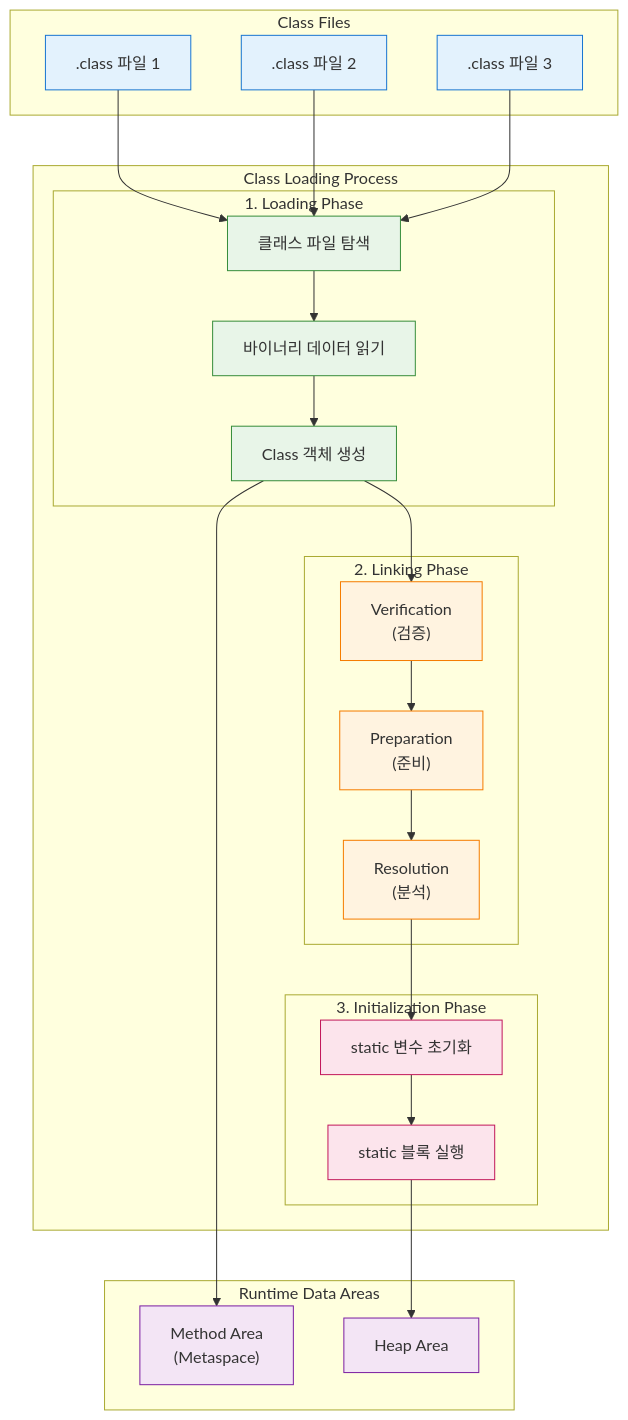
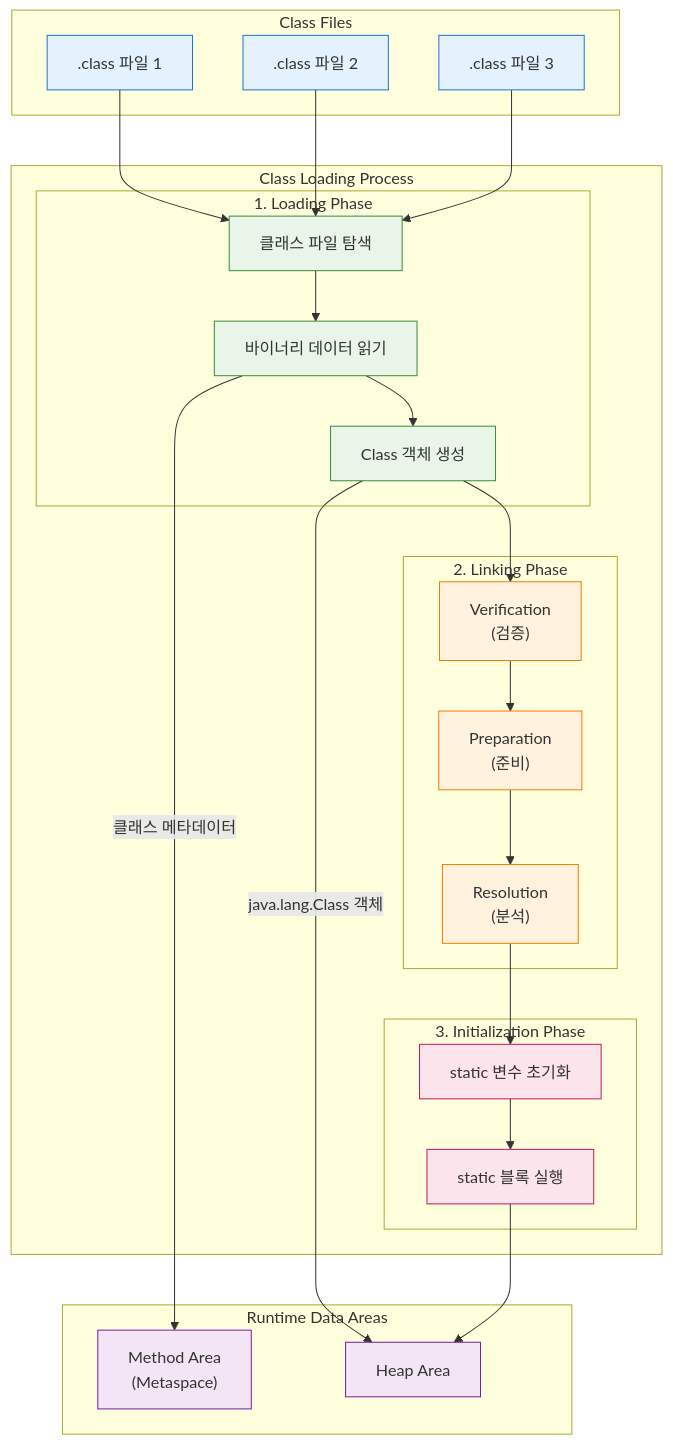
One commit to hongmoSung/hongmoSung.github.io changed the second of 3 diagrams in _posts/java/2025-06-28-jvm.md. Above: the diagram before and after it, drawn with Mermaid. The commit also changed other lines of this file and 32 other files, not shown here.

````diff
--- a/_posts/java/2025-06-28-jvm.md
+++ b/_posts/java/2025-06-28-jvm.md
@@ -150,64 +150,65 @@
 ```mermaid
 graph TB
     subgraph "Class Files"
     CF1[".class 파일 1"]
     CF2[".class 파일 2"]
     CF3[".class 파일 3"]
     end
 
     subgraph "Class Loading Process"
         subgraph "1. Loading Phase"
             FIND["클래스 파일 탐색"]
             READ["바이너리 데이터 읽기"]
             CREATE["Class 객체 생성"]
         end
         
         subgraph "2. Linking Phase"
             VERIFY["Verification<br/>(검증)"]
             PREPARE["Preparation<br/>(준비)"]
             RESOLVE["Resolution<br/>(분석)"]
         end
         
         subgraph "3. Initialization Phase"
             STATIC["static 변수 초기화"]
             CLINIT["static 블록 실행"]
         end
     end
 
     subgraph "Runtime Data Areas"
         MA["Method Area<br/>(Metaspace)"]
         HEAP["Heap Area"]
     end
 
     %% 클래스 로딩 흐름
     CF1 --> FIND
     CF2 --> FIND
     CF3 --> FIND
     
     FIND --> READ
     READ --> CREATE
     CREATE --> VERIFY
     
     VERIFY --> PREPARE
     PREPARE --> RESOLVE
     RESOLVE --> STATIC
     
     STATIC --> CLINIT
     
     %% 메모리 적재
-    CREATE --> MA
+    READ -->|클래스 메타데이터| MA
+    CREATE -->|java.lang.Class 객체| HEAP
     CLINIT --> HEAP
 
     %% 스타일링
     classDef classFiles fill:#e3f2fd,stroke:#1976d2
     classDef loading fill:#e8f5e8,stroke:#388e3c
     classDef linking fill:#fff3e0,stroke:#f57c00
     classDef initialization fill:#fce4ec,stroke:#c2185b
     classDef memory fill:#f3e5f5,stroke:#7b1fa2
     
     class CF1,CF2,CF3 classFiles
     class FIND,READ,CREATE loading
     class VERIFY,PREPARE,RESOLVE linking
     class STATIC,CLINIT initialization
     class MA,HEAP memory
 ```
````
